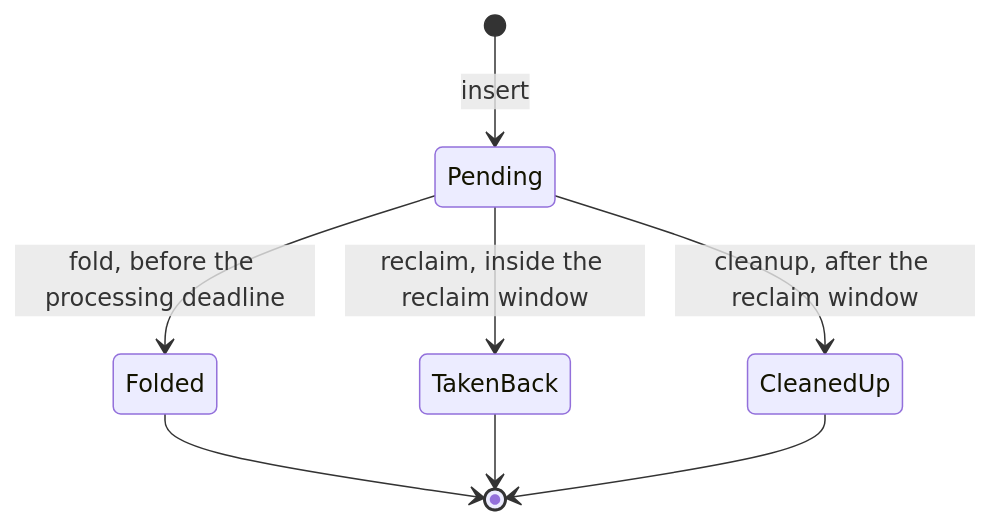
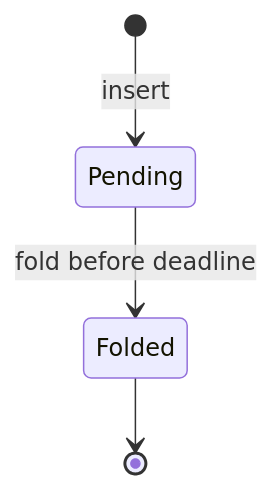
One commit to lambdasistemi/singular changed the first of 7 diagrams in docs/registry-commands.md. Above: the diagram before and after it, drawn with Mermaid. The commit also changed other lines of this file and 59 other files, not shown here.

````diff
--- a/docs/registry-commands.md
+++ b/docs/registry-commands.md
@@ -14,10 +14,6 @@
 ```mermaid
 stateDiagram-v2
     [*] --> Pending: insert
-    Pending --> Folded: fold, before the processing deadline
-    Pending --> TakenBack: reclaim, inside the reclaim window
-    Pending --> CleanedUp: cleanup, after the reclaim window
+    Pending --> Folded: fold before deadline
     Folded --> [*]
-    TakenBack --> [*]
-    CleanedUp --> [*]
 ```
````
